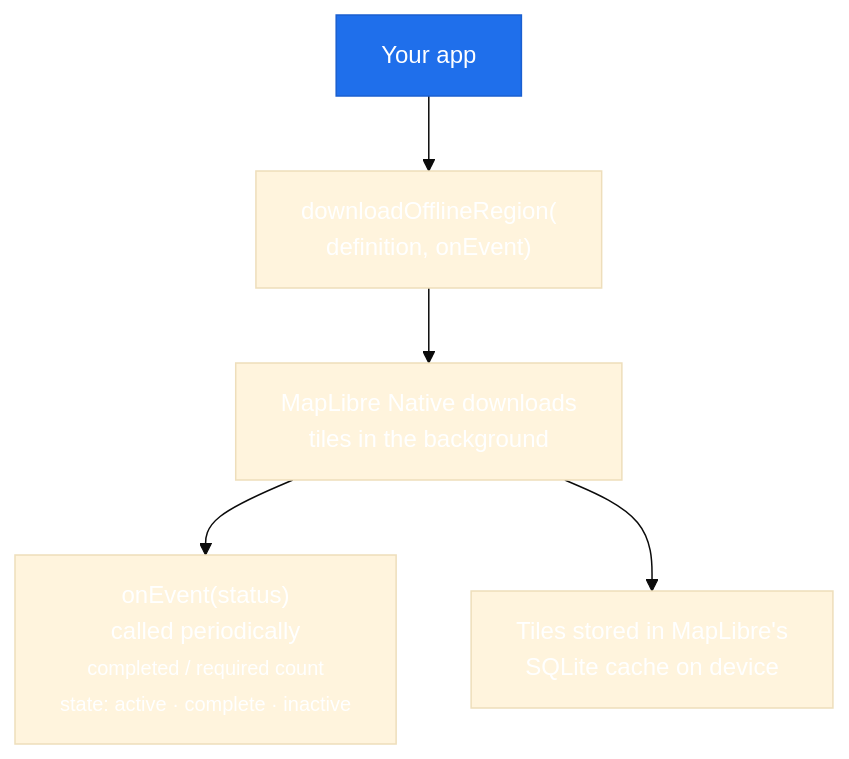
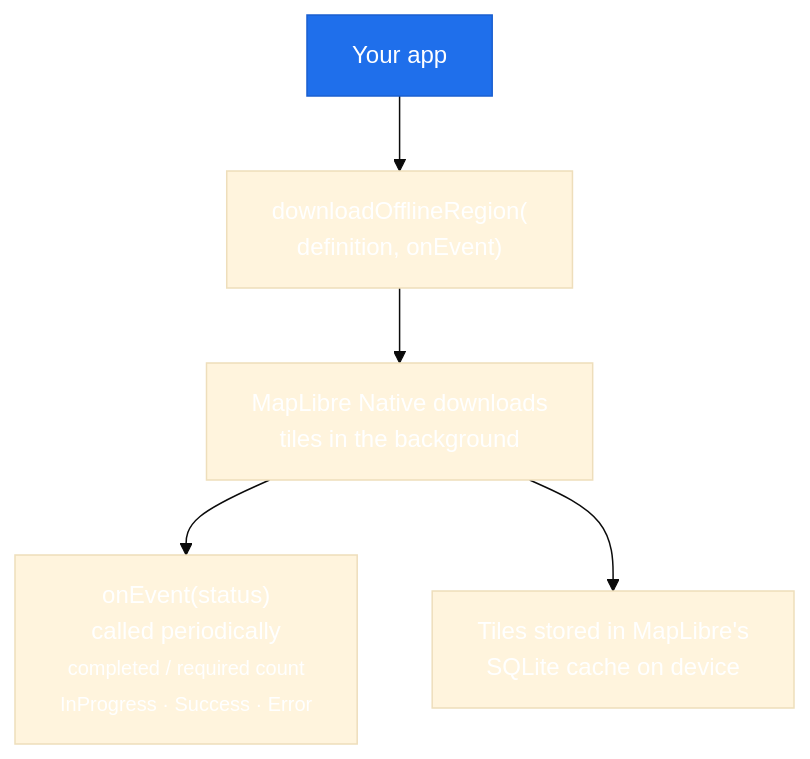
Before and after one commit to maplibre/flutter-maplibre-gl: the first of 2 diagrams in website/docs/advanced/offline-regions.md, drawn with Mermaid (base theme). The commit also changed other lines of this file and 258 other files, not shown here.

````diff
--- a/website/docs/advanced/offline-regions.md
+++ b/website/docs/advanced/offline-regions.md
@@ -10,10 +14,10 @@
 ```mermaid
 flowchart TD
     APP["Your app"] --> CALL["downloadOfflineRegion(<br/>definition, onEvent)"]
     CALL --> BG["MapLibre Native downloads<br/>tiles in the background"]
-    BG --> EV["onEvent(status)<br/>called periodically<br/><small>completed / required count<br/>state: active · complete · inactive</small>"]
+    BG --> EV["onEvent(status)<br/>called periodically<br/><small>completed / required count<br/>InProgress · Success · Error</small>"]
     BG --> CACHE["Tiles stored in MapLibre's<br/>SQLite cache on device"]
 
     classDef root fill:#1f6feb,stroke:#1a5fd0,color:#fff;
     class APP root
 ```
````
